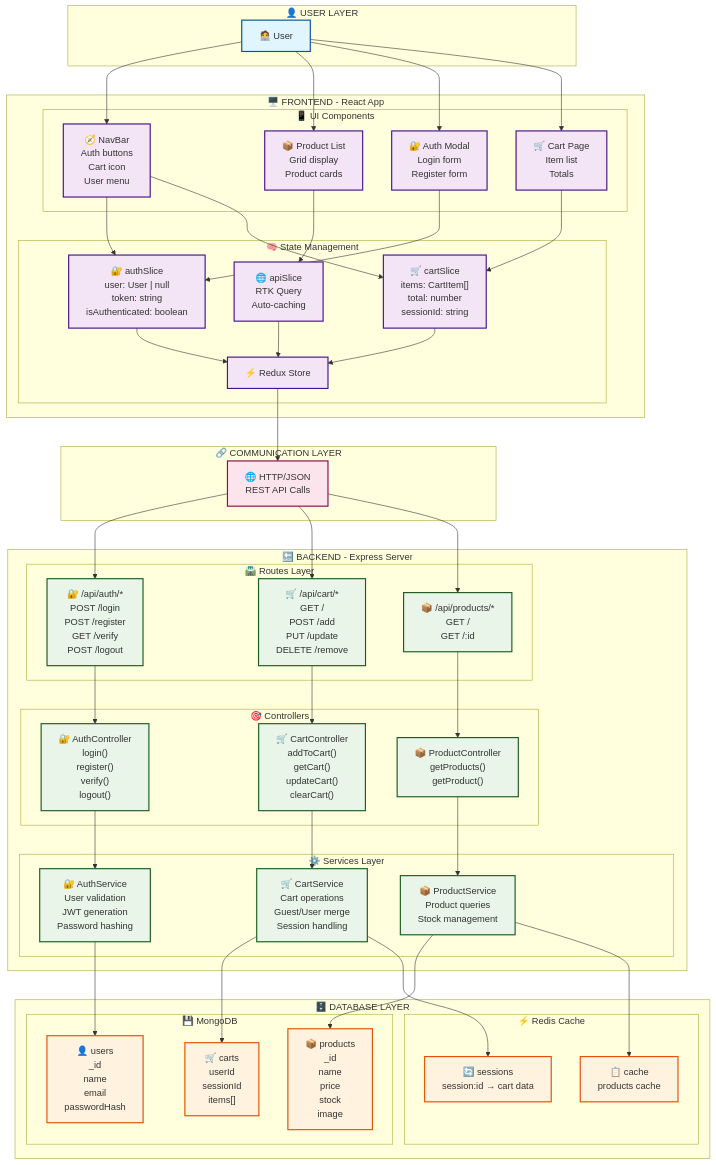
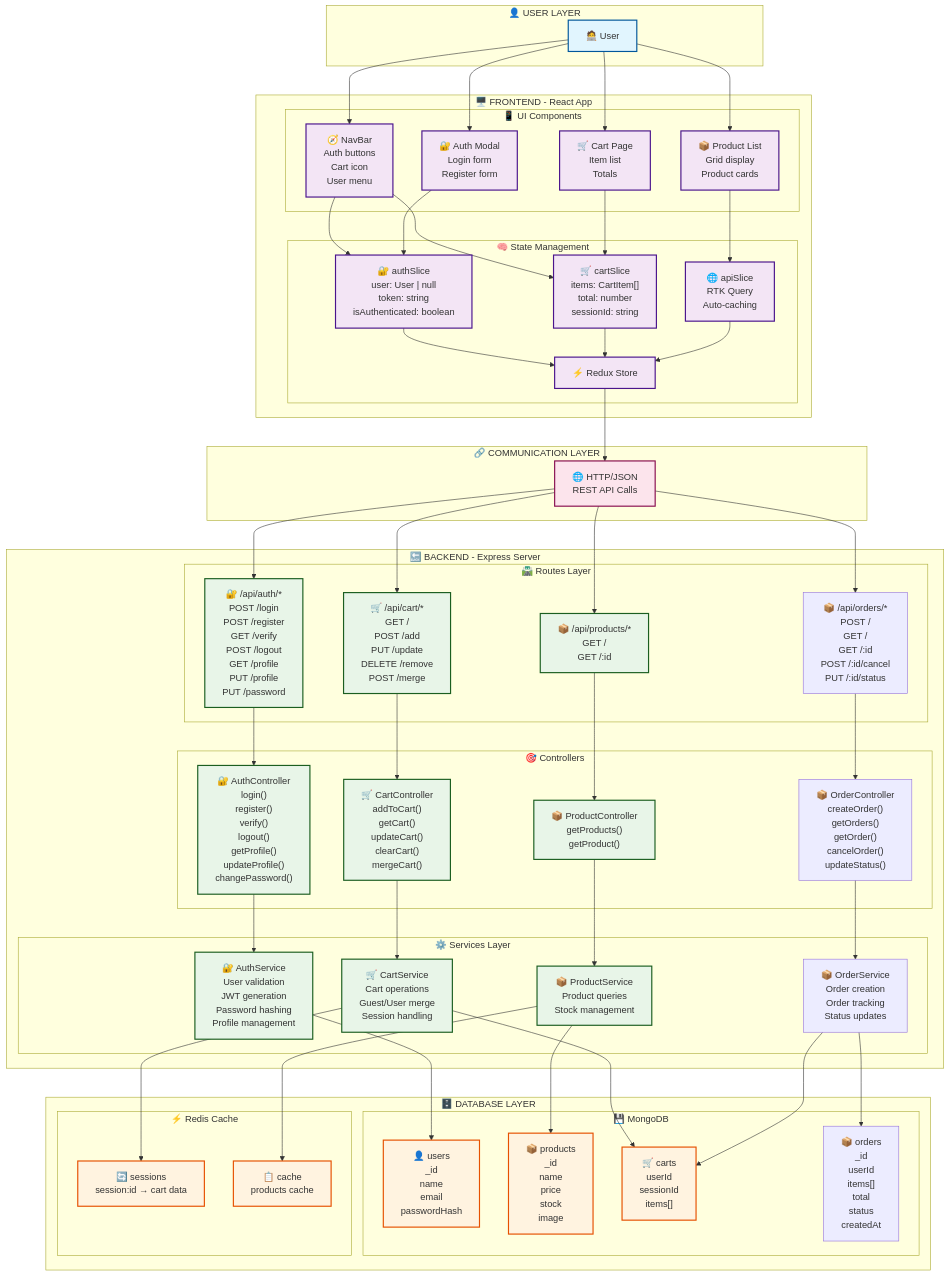
One commit to shmuelkapiloff/simple- changed the first of 9 diagrams in docs/SYSTEM_MAP.md. Above: the diagram before and after it, drawn with Mermaid. The commit also changed other lines of this file and 5 other files, not shown here.

Commit message:
docs: Update SYSTEM_MAP with Orders, Profile, and Cart Merge flows

```diff
--- a/docs/SYSTEM_MAP.md
+++ b/docs/SYSTEM_MAP.md
@@ -40,21 +46,24 @@
     
     subgraph "🔙 BACKEND - Express Server"
         subgraph "🛣️ Routes Layer"
-            AuthRoutes["🔐 /api/auth/*<br/>POST /login<br/>POST /register<br/>GET /verify<br/>POST /logout"]
-            CartRoutes["🛒 /api/cart/*<br/>GET /<br/>POST /add<br/>PUT /update<br/>DELETE /remove"]
+            AuthRoutes["🔐 /api/auth/*<br/>POST /login<br/>POST /register<br/>GET /verify<br/>POST /logout<br/>GET /profile<br/>PUT /profile<br/>PUT /password"]
+            CartRoutes["🛒 /api/cart/*<br/>GET /<br/>POST /add<br/>PUT /update<br/>DELETE /remove<br/>POST /merge"]
             ProductRoutes["📦 /api/products/*<br/>GET /<br/>GET /:id"]
+            OrderRoutes["📦 /api/orders/*<br/>POST /<br/>GET /<br/>GET /:id<br/>POST /:id/cancel<br/>PUT /:id/status"]
         end
         
         subgraph "🎯 Controllers"
-            AuthController["🔐 AuthController<br/>login()<br/>register()<br/>verify()<br/>logout()"]
-            CartController["🛒 CartController<br/>addToCart()<br/>getCart()<br/>updateCart()<br/>clearCart()"]
+            AuthController["🔐 AuthController<br/>login()<br/>register()<br/>verify()<br/>logout()<br/>getProfile()<br/>updateProfile()<br/>changePassword()"]
+            CartController["🛒 CartController<br/>addToCart()<br/>getCart()<br/>updateCart()<br/>clearCart()<br/>mergeCart()"]
             ProductController["📦 ProductController<br/>getProducts()<br/>getProduct()"]
+            OrderController["📦 OrderController<br/>createOrder()<br/>getOrders()<br/>getOrder()<br/>cancelOrder()<br/>updateStatus()"]
         end
         
         subgraph "⚙️ Services Layer"
-            AuthService["🔐 AuthService<br/>User validation<br/>JWT generation<br/>Password hashing"]
+            AuthService["🔐 AuthService<br/>User validation<br/>JWT generation<br/>Password hashing<br/>Profile management"]
             CartService["🛒 CartService<br/>Cart operations<br/>Guest/User merge<br/>Session handling"]
             ProductService["📦 ProductService<br/>Product queries<br/>Stock management"]
+            OrderService["📦 OrderService<br/>Order creation<br/>Order tracking<br/>Status updates"]
         end
     end
     
@@ -63,6 +72,7 @@
             Users["👤 users<br/>_id<br/>name<br/>email<br/>passwordHash"]
             Products["📦 products<br/>_id<br/>name<br/>price<br/>stock<br/>image"]
             Carts["🛒 carts<br/>userId<br/>sessionId<br/>items[]"]
+            Orders["📦 orders<br/>_id<br/>userId<br/>items[]<br/>total<br/>status<br/>createdAt"]
         end
         
         subgraph "⚡ Redis Cache"
@@ -94,16 +104,19 @@
     HTTP --> AuthRoutes
     HTTP --> CartRoutes
     HTTP --> ProductRoutes
+    HTTP --> OrderRoutes
     
     %% Routes to Controllers
     AuthRoutes --> AuthController
     CartRoutes --> CartController
     ProductRoutes --> ProductController
+    OrderRoutes --> OrderController
     
     %% Controllers to Services
     AuthController --> AuthService
     CartController --> CartService
     ProductController --> ProductService
+    OrderController --> OrderService
     
     %% Services to Database
     AuthService --> Users
@@ -111,6 +124,8 @@
     CartService --> Sessions
     ProductService --> Products
     ProductService --> Cache
+    OrderService --> Orders
+    OrderService --> Carts
 
     %% Styling
     classDef userLayer fill:#e1f5fe,stroke:#01579b,stroke-width:2px
```
